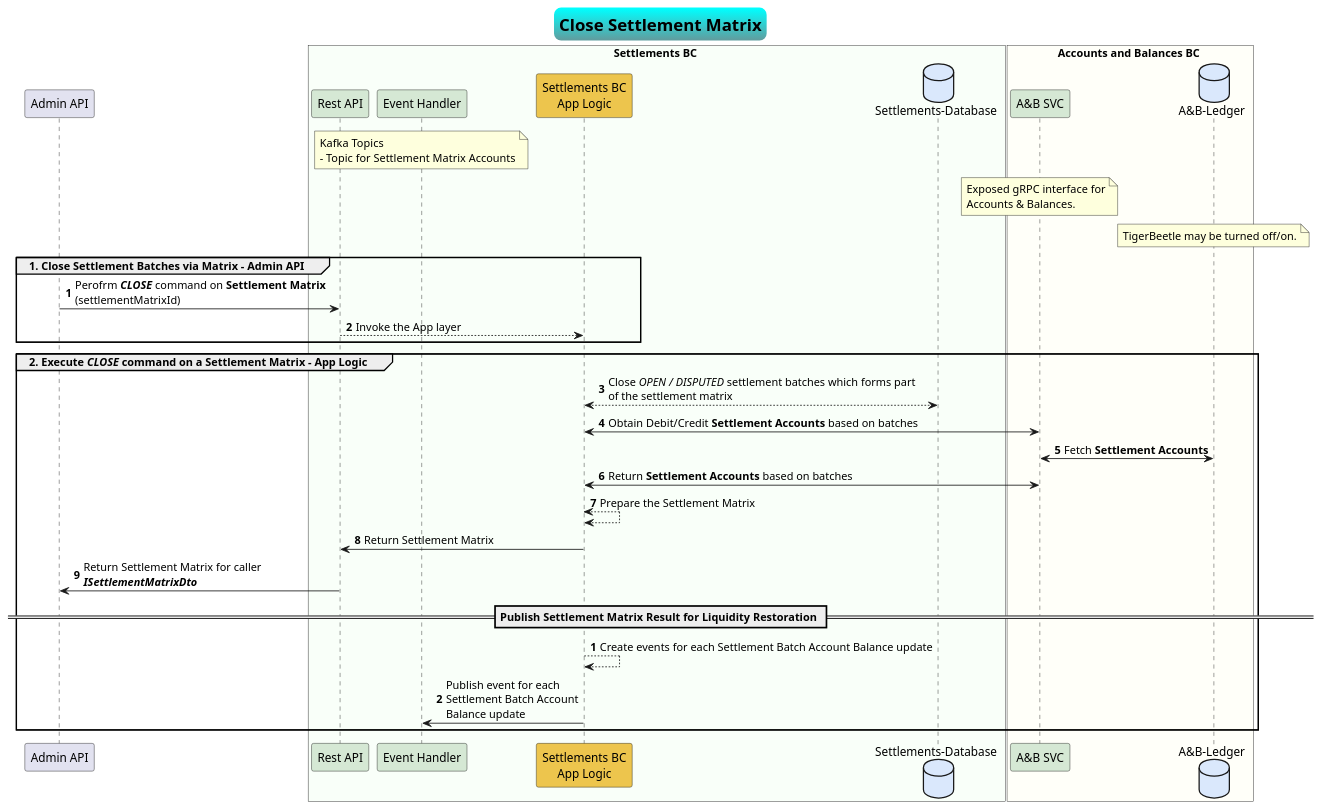
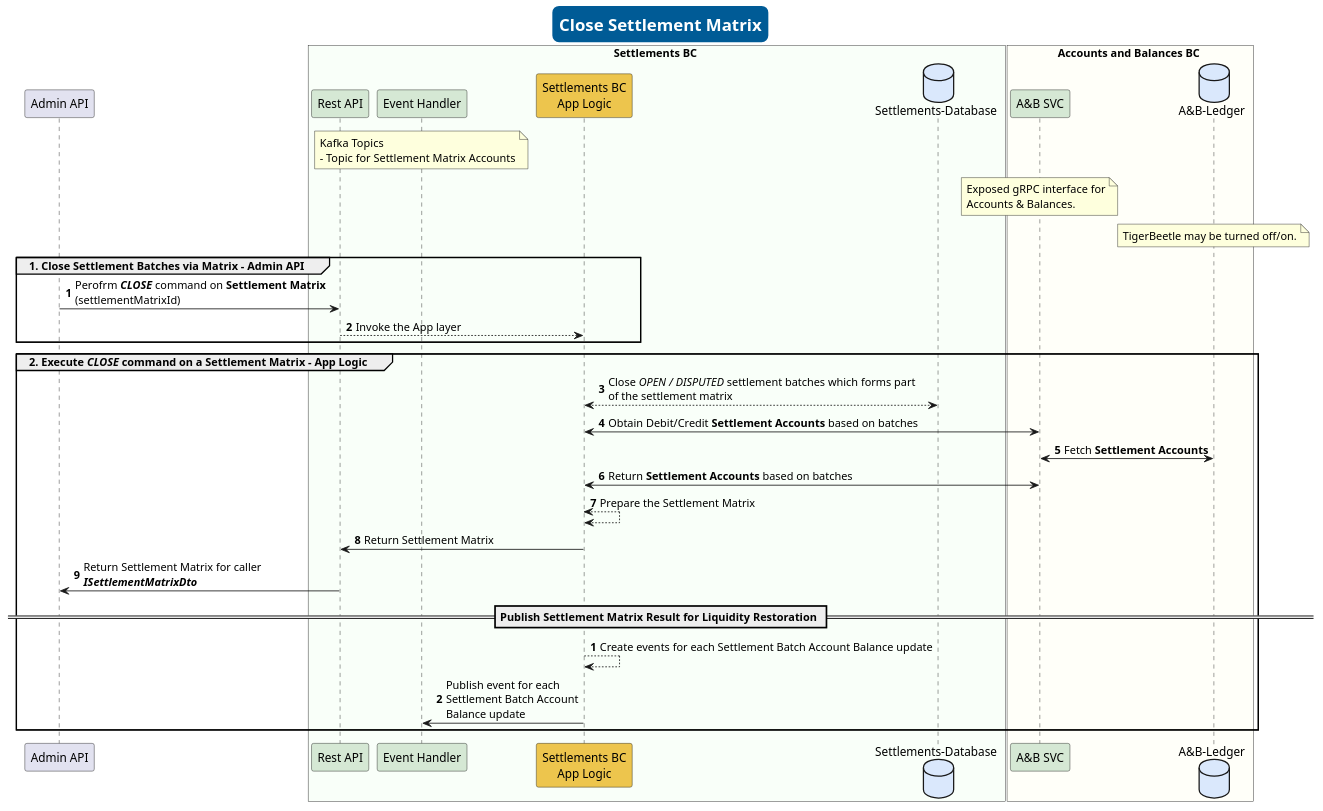
Before and after one commit to mojaloop/settlements-bc: the diagram in docs/flows/03-settlement-matrix-close.puml, drawn with PlantUML. The commit also changed 14 other files, not shown here.

```diff
--- a/docs/flows/03-settlement-matrix-close.puml
+++ b/docs/flows/03-settlement-matrix-close.puml
@@ -1,55 +1,56 @@
 @startuml
 
 skinparam TitleFontSize 20
-skinparam titleBorderRoundCorner 15
-skinparam titleBorderThickness 2
-skinparam titleBorderColor Aqua-CadetBlue
-skinparam titleBackgroundColor Aqua-CadetBlue
+skinparam TitleFontColor #FFFFFF
+skinparam titleBorderRoundCorner 10
+skinparam titleBorderThickness 6
+skinparam titleBorderColor #005B96
+skinparam titleBackgroundColor #005B96
 title Close Settlement Matrix
 
 participant "Admin API" as ext_cl
 
 box Settlements BC #F9FFF9
     participant "Rest API" as sbc_rest #D5E8D4
     participant "Event Handler" as sbc_event #D5E8D4
     note over sbc_event
         Kafka Topics
         - Topic for Settlement Matrix Accounts
     end note
     participant "Settlements BC\nApp Logic" as sbc_app_logic #EDC54D
     database "Settlements-Database" as sbc_db #DAE8FC
 end box
 
 box Accounts and Balances BC #FFFFF9
     participant "A&B SVC" as abbc_grpc #D5E8D4
     database "A&B-Ledger" as abbc_tigerbeetle #DAE8FC
     note over abbc_grpc
         Exposed gRPC interface for
         Accounts & Balances.
     end note
     note over abbc_tigerbeetle
         TigerBeetle may be turned off/on.
     end note
 end box
 
 group 1. Close Settlement Batches via Matrix - Admin API
 autonumber
     ext_cl -> sbc_rest : Perofrm //**CLOSE**// command on **Settlement Matrix**\n(settlementMatrixId)
     sbc_rest --> sbc_app_logic : Invoke the App layer
 end
 
 group 2. Execute //CLOSE// command on a Settlement Matrix - App Logic
     sbc_app_logic <--> sbc_db : Close //OPEN / DISPUTED// settlement batches which forms part \nof the settlement matrix
     sbc_app_logic <-> abbc_grpc : Obtain Debit/Credit **Settlement Accounts** based on batches
     abbc_grpc <-> abbc_tigerbeetle: Fetch **Settlement Accounts**
     abbc_grpc <-> sbc_app_logic : Return **Settlement Accounts** based on batches
     sbc_app_logic <--> sbc_app_logic : Prepare the Settlement Matrix
     sbc_app_logic -> sbc_rest : Return Settlement Matrix
     sbc_rest -> ext_cl : Return Settlement Matrix for caller\n**//ISettlementMatrixDto//**
 autonumber
     == Publish Settlement Matrix Result for Liquidity Restoration ==
     sbc_app_logic --> sbc_app_logic : Create events for each Settlement Batch Account Balance update
     sbc_app_logic -> sbc_event : Publish event for each\nSettlement Batch Account\nBalance update
 end
 
 @enduml
```
